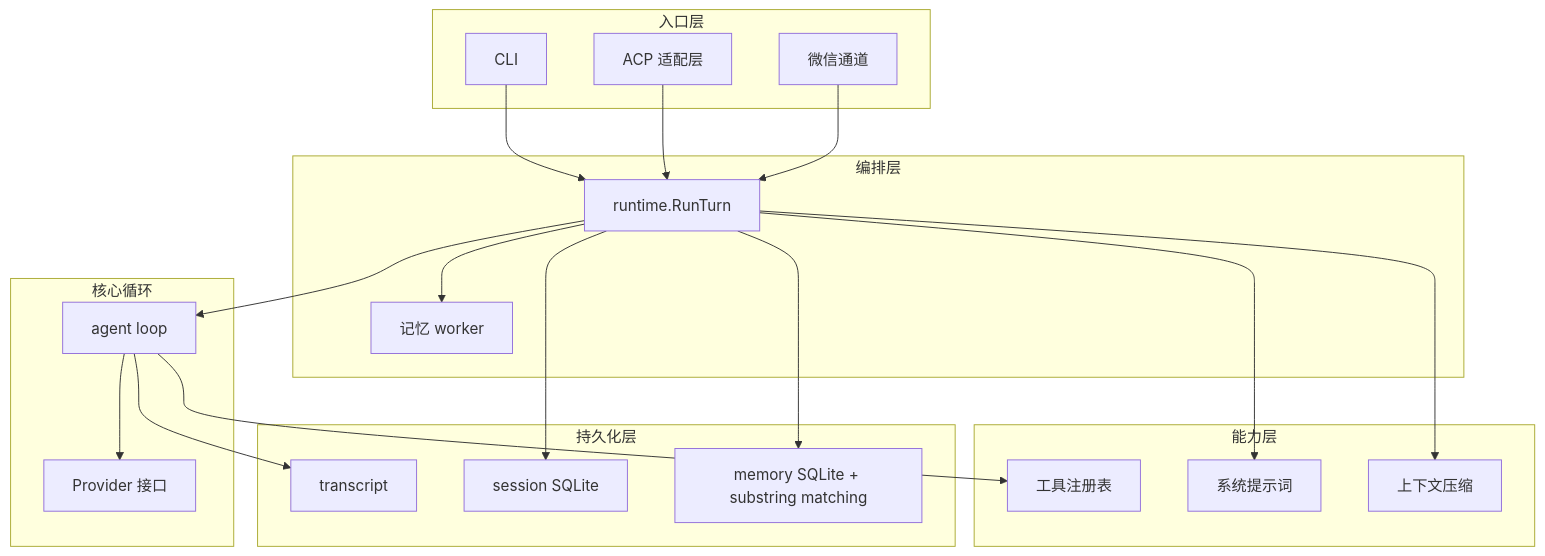
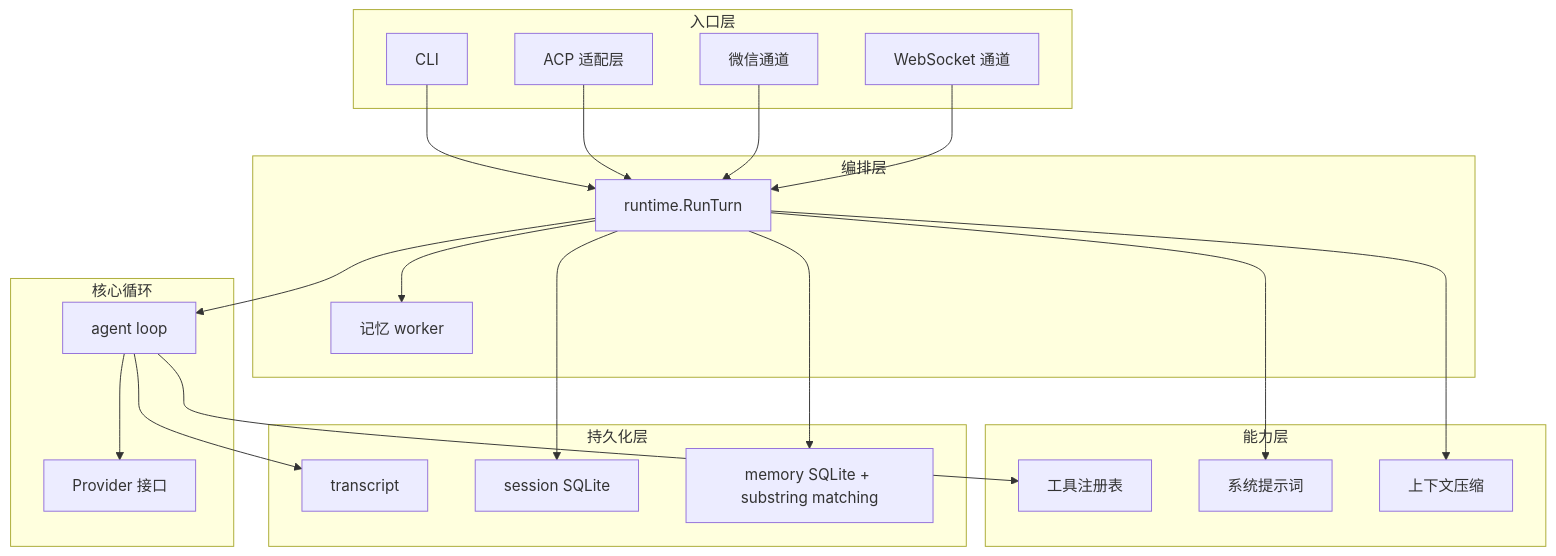
The first of 2 diagrams in docs/zh-CN/architecture.md (gvenusleo/Atlas), drawn with Mermaid before and after one commit. The commit also changed 9 other files, not shown here.

````diff
--- a/docs/zh-CN/architecture.md
+++ b/docs/zh-CN/architecture.md
@@ -9,43 +9,45 @@
 ```mermaid
 graph TD
     subgraph 入口层
         CLI[CLI]
         ACP[ACP 适配层]
         WX[微信通道]
+        WS[WebSocket 通道]
     end
 
     subgraph 编排层
         RT[runtime.RunTurn]
         MW[记忆 worker]
     end
 
     subgraph 核心循环
         AG[agent loop]
         PR[Provider 接口]
     end
 
     subgraph 能力层
         TOOLS[工具注册表]
         PRMPT[系统提示词]
         CMP[上下文压缩]
     end
 
     subgraph 持久化层
         TR[transcript]
         SS[session SQLite]
         MS[memory SQLite + substring matching]
     end
 
     CLI --> RT
     ACP --> RT
     WX --> RT
+    WS --> RT
     RT --> AG
     RT --> MW
     AG --> PR
     AG --> TOOLS
     RT --> PRMPT
     RT --> CMP
     RT --> MS
     AG --> TR
     RT --> SS
 ```
````
